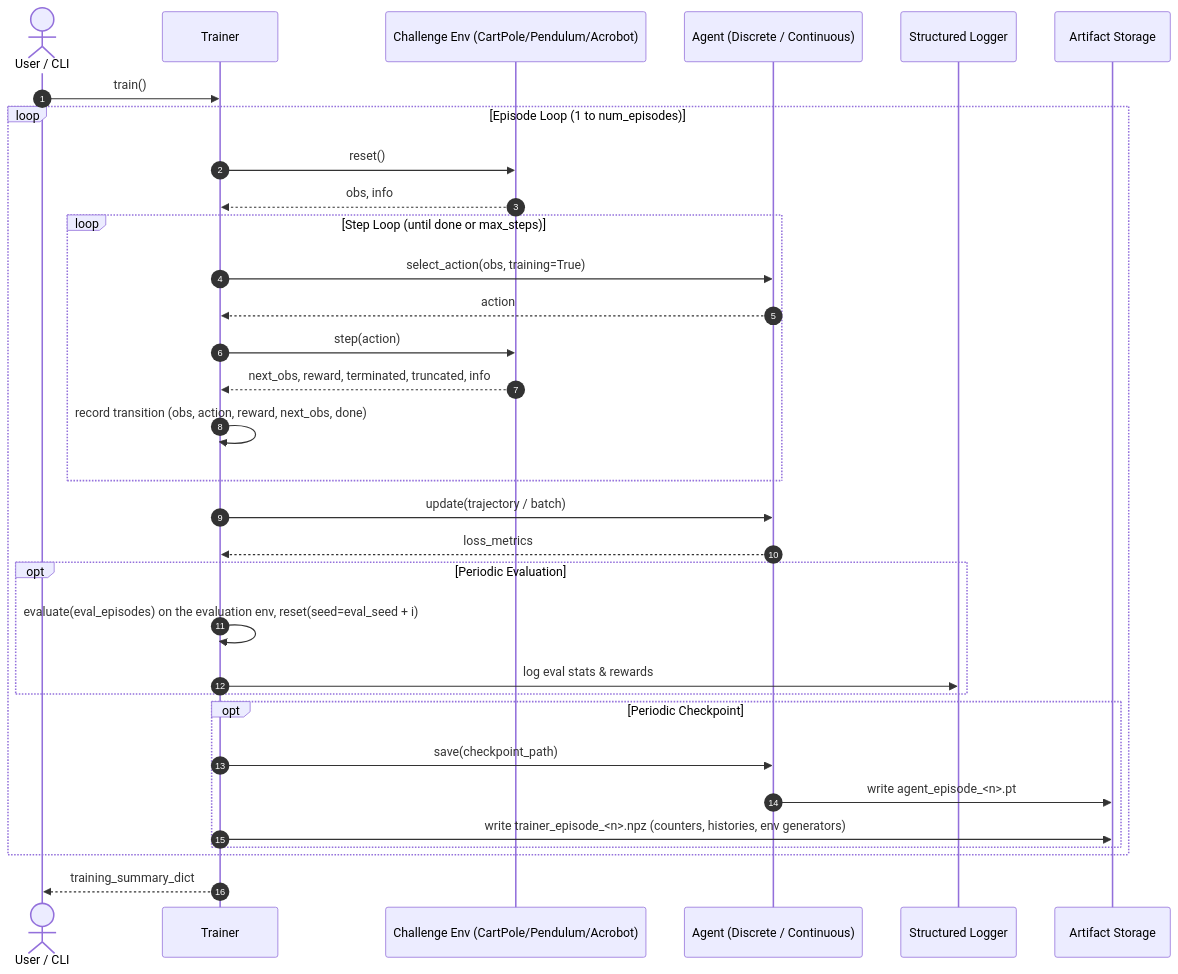
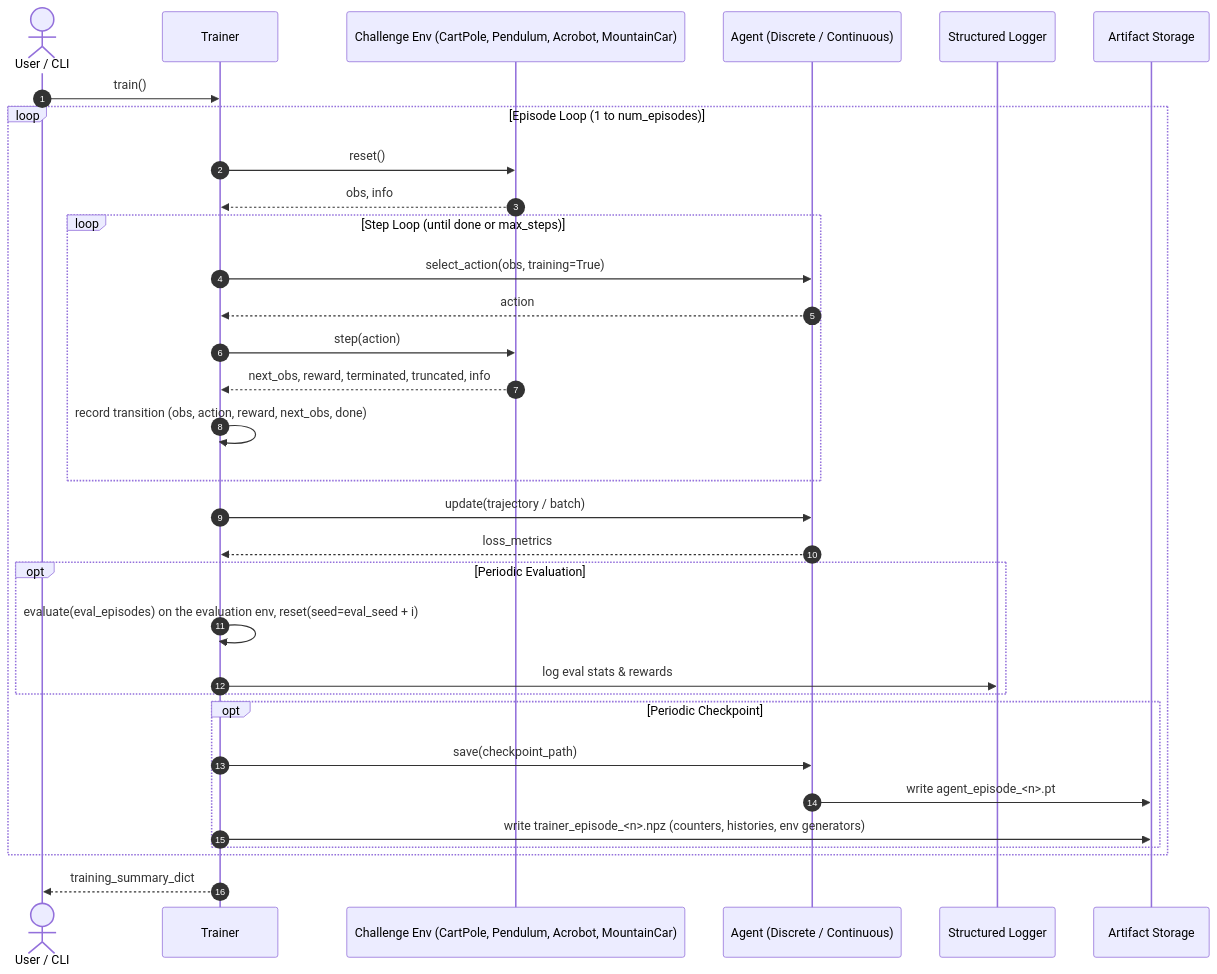
The third of 3 diagrams in ARCHITECTURE.md (andreijw/AI), drawn with Mermaid before and after one commit. The commit also changed other lines of this file and 22 other files, not shown here.

Commit message:
feat(challenges): add the MountainCar-v0 challenge with a DQN that learns but does not yet solve

````diff
--- a/ARCHITECTURE.md
+++ b/ARCHITECTURE.md
@@ -260,35 +264,35 @@
 ```mermaid
 sequenceDiagram
     autonumber
     actor User as User / CLI
     participant Trainer as Trainer
-    participant Env as Challenge Env (CartPole/Pendulum/Acrobot)
+    participant Env as Challenge Env (CartPole, Pendulum, Acrobot, MountainCar)
     participant Agent as Agent (Discrete / Continuous)
     participant Logger as Structured Logger
     participant Disk as Artifact Storage
 
     User->>Trainer: train()
     loop Episode Loop (1 to num_episodes)
         Trainer->>Env: reset()
         Env-->>Trainer: obs, info
         loop Step Loop (until done or max_steps)
             Trainer->>Agent: select_action(obs, training=True)
             Agent-->>Trainer: action
             Trainer->>Env: step(action)
             Env-->>Trainer: next_obs, reward, terminated, truncated, info
             Trainer->>Trainer: record transition (obs, action, reward, next_obs, done)
         end
         Trainer->>Agent: update(trajectory / batch)
         Agent-->>Trainer: loss_metrics
         opt Periodic Evaluation
             Trainer->>Trainer: evaluate(eval_episodes) on the evaluation env, reset(seed=eval_seed + i)
             Trainer->>Logger: log eval stats & rewards
         end
         opt Periodic Checkpoint
             Trainer->>Agent: save(checkpoint_path)
             Agent->>Disk: write agent_episode_<n>.pt
             Trainer->>Disk: write trainer_episode_<n>.npz (counters, histories, env generators)
         end
     end
     Trainer-->>User: training_summary_dict
 ```
````
